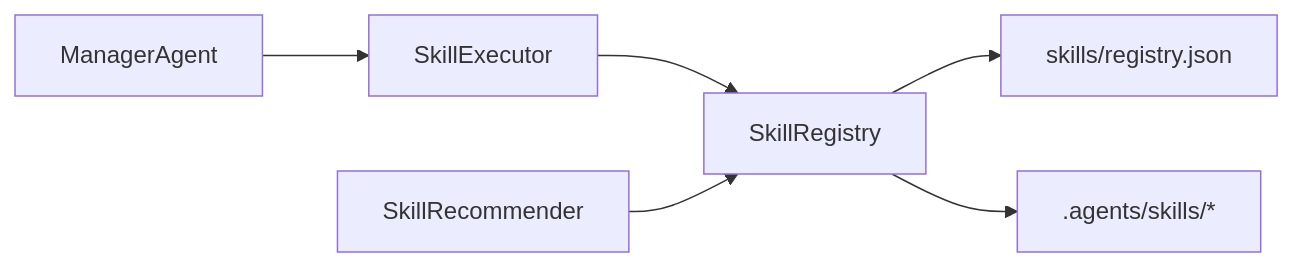
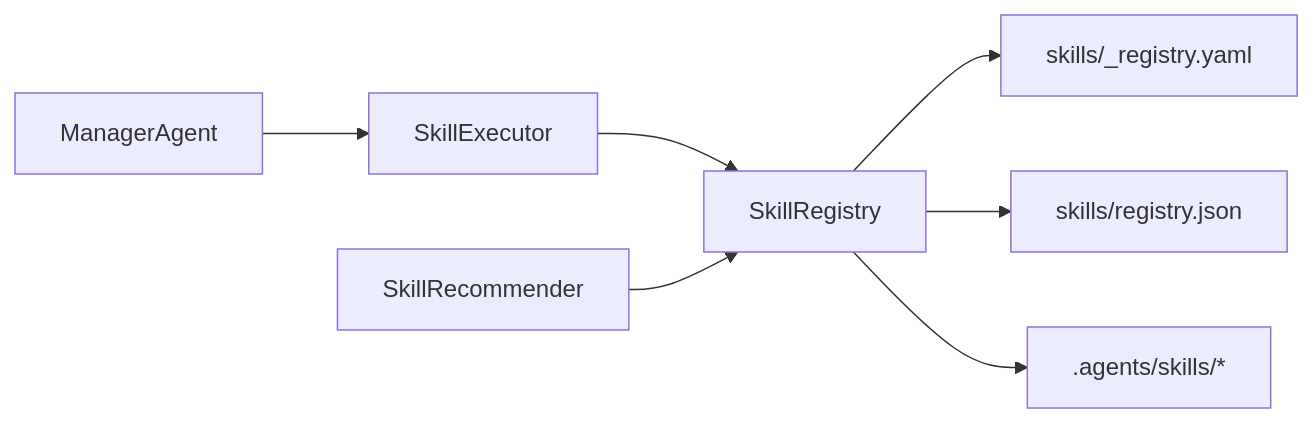
The fifth of 5 diagrams in .qoder/repowiki/zh/content/核心业务模块/技能管理系统/技能管理系统.md (angledick/-), drawn with Mermaid before and after one commit. The commit also changed other lines of this file and 69 other files, not shown here.

````diff
--- a/.qoder/repowiki/zh/content/核心业务模块/技能管理系统/技能管理系统.md
+++ b/.qoder/repowiki/zh/content/核心业务模块/技能管理系统/技能管理系统.md
@@ -234,8 +257,9 @@
 ```mermaid
 graph LR
 MA["ManagerAgent"] --> SE["SkillExecutor"]
 SE --> SR["SkillRegistry"]
 RE["SkillRecommender"] --> SR
-SR --> CFG["skills/registry.json"]
+SR --> YAML["skills/_registry.yaml"]
+SR --> JSON["skills/registry.json"]
 SR --> ASSET[".agents/skills/*"]
 ```
````
